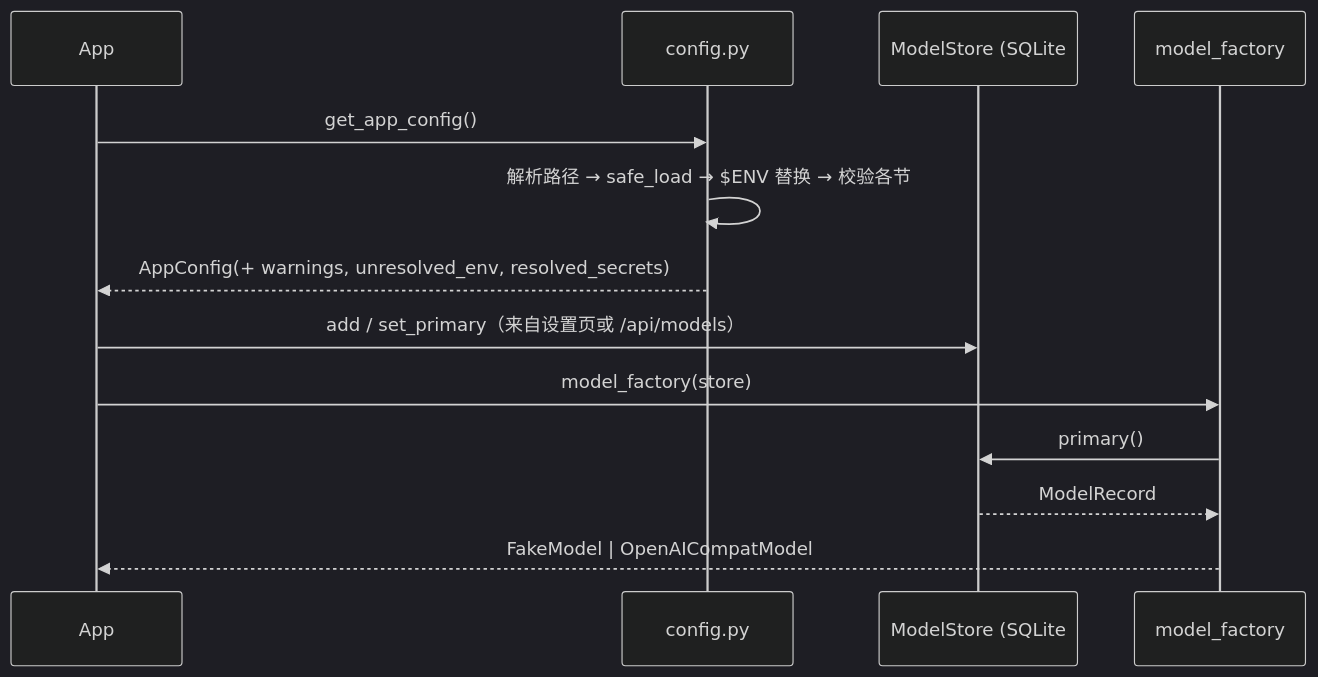
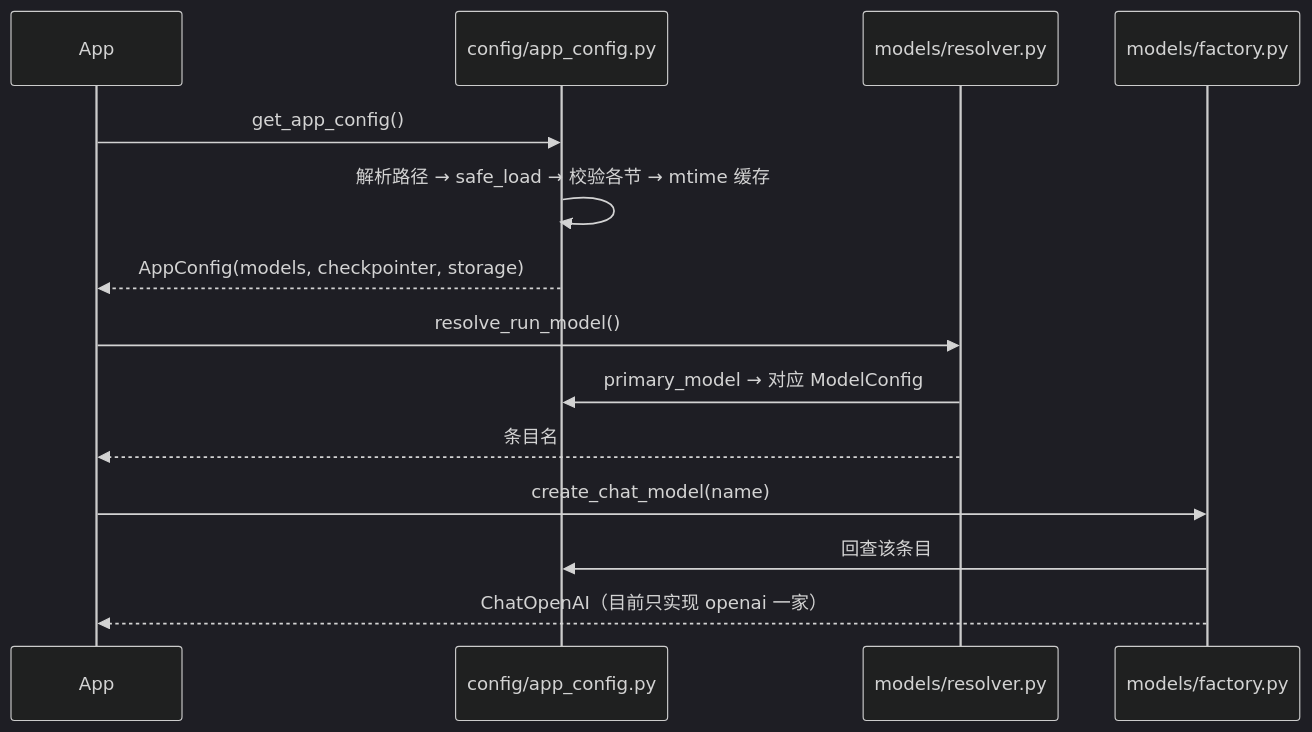
Before and after one commit to G0-000/agent-book: the diagram in work-agent-harness/doc/evoflow-学习规划/01-最小闭环/01-配置与模型.md, drawn with Mermaid (dark theme). The commit also changed other lines of this file and 17 other files, not shown here.

````diff
--- a/work-agent-harness/doc/evoflow-学习规划/01-最小闭环/01-配置与模型.md
+++ b/work-agent-harness/doc/evoflow-学习规划/01-最小闭环/01-配置与模型.md
@@ -61,15 +57,16 @@
 ```mermaid
 sequenceDiagram
     participant App
-    participant C as config.py
-    participant S as ModelStore (SQLite
-    participant F as model_factory
+    participant C as config/app_config.py
+    participant R as models/resolver.py
+    participant F as models/factory.py
     App->>C: get_app_config()
-    C->>C: 解析路径 → safe_load → $ENV 替换 → 校验各节
-    C-->>App: AppConfig(+ warnings, unresolved_env, resolved_secrets)
-    App->>S: add / set_primary（来自设置页或 /api/models）
-    App->>F: model_factory(store)
-    F->>S: primary()
-    S-->>F: ModelRecord
-    F-->>App: FakeModel | OpenAICompatModel
+    C->>C: 解析路径 → safe_load → 校验各节 → mtime 缓存
+    C-->>App: AppConfig(models, checkpointer, storage)
+    App->>R: resolve_run_model()
+    R->>C: primary_model → 对应 ModelConfig
+    R-->>App: 条目名
+    App->>F: create_chat_model(name)
+    F->>C: 回查该条目
+    F-->>App: ChatOpenAI（目前只实现 openai 一家）
 ```
````
